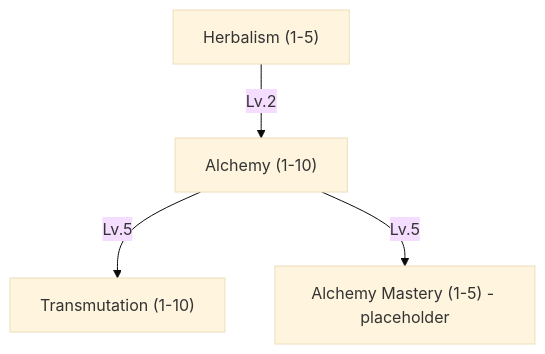
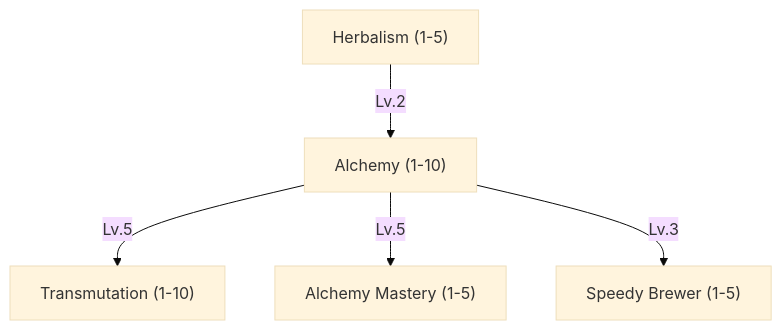
One commit to tfelix/bestia-docs changed the fifth of 14 diagrams in content/docs/mechanics/master.md. Above: the diagram before and after it, drawn with Mermaid (base theme). The commit also changed other lines of this file and 1 other file, not shown here.

````diff
--- a/content/docs/mechanics/master.md
+++ b/content/docs/mechanics/master.md
@@ -259,11 +368,13 @@
 ```mermaid
 graph TD
     Herbalism["Herbalism (1-5)"]
     Alchemy["Alchemy (1-10)"]
     Transmutation["Transmutation (1-10)"]
-    AlchemyMastery["Alchemy Mastery (1-5) - placeholder"]
+    AlchemyMastery["Alchemy Mastery (1-5)"]
+    SpeedyBrewer["Speedy Brewer (1-5)"]
 
     Herbalism -->|Lv.2| Alchemy
     Alchemy -->|Lv.5| Transmutation
     Alchemy -->|Lv.5| AlchemyMastery
+    Alchemy -->|Lv.3| SpeedyBrewer
 ```
````
